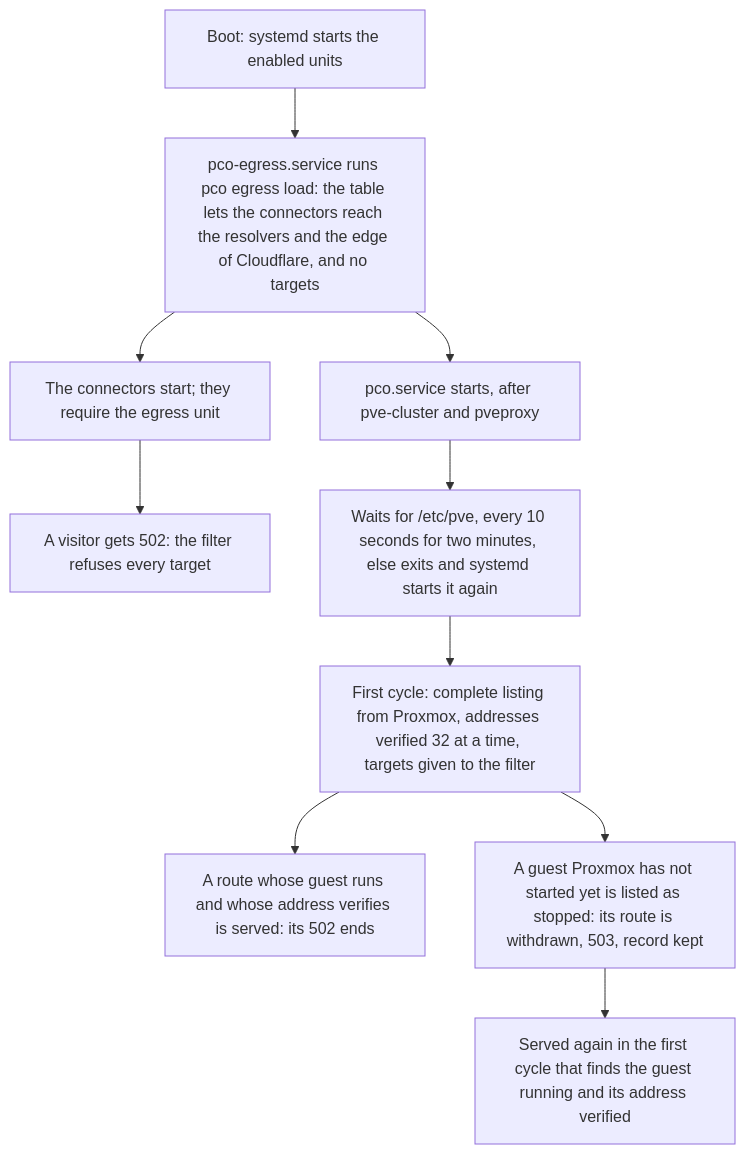
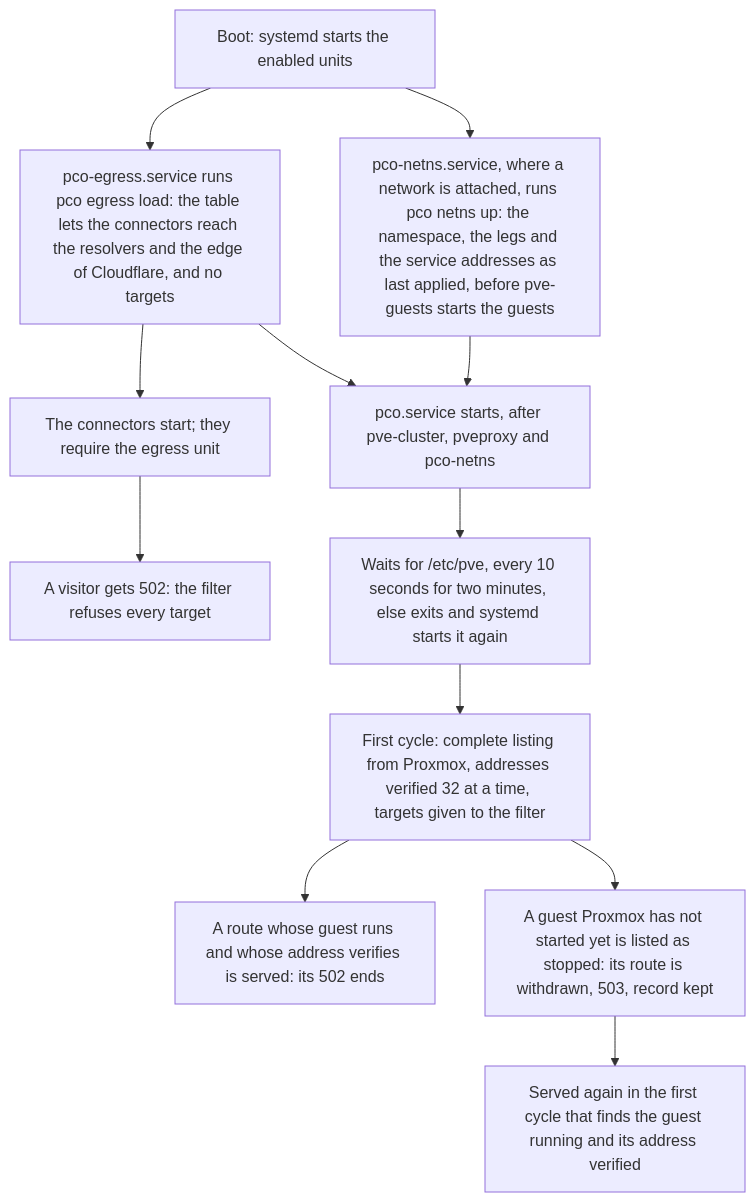
One commit to anaryk/proxmox-cloudflared-operator changed the first of 2 diagrams in docs/operations.md. Above: the diagram before and after it, drawn with Mermaid. The commit also changed other lines of this file and 6 other files, not shown here.

````diff
--- a/docs/operations.md
+++ b/docs/operations.md
@@ -65,13 +69,15 @@
 ```mermaid
 flowchart TD
     boot["Boot: systemd starts the enabled units"]
     boot --> egress["pco-egress.service runs pco egress load: the table lets the connectors reach the resolvers and the edge of Cloudflare, and no targets"]
+    boot --> netns["pco-netns.service, where a network is attached, runs pco netns up: the namespace, the legs and the service addresses as last applied, before pve-guests starts the guests"]
     egress --> conn["The connectors start; they require the egress unit"]
-    egress --> daemon["pco.service starts, after pve-cluster and pveproxy"]
+    egress --> daemon["pco.service starts, after pve-cluster, pveproxy and pco-netns"]
+    netns --> daemon
     conn --> r502["A visitor gets 502: the filter refuses every target"]
     daemon --> wait["Waits for /etc/pve, every 10 seconds for two minutes, else exits and systemd starts it again"]
     wait --> first["First cycle: complete listing from Proxmox, addresses verified 32 at a time, targets given to the filter"]
     first --> served["A route whose guest runs and whose address verifies is served: its 502 ends"]
     first --> late["A guest Proxmox has not started yet is listed as stopped: its route is withdrawn, 503, record kept"]
     late --> again["Served again in the first cycle that finds the guest running and its address verified"]
 ```
````
